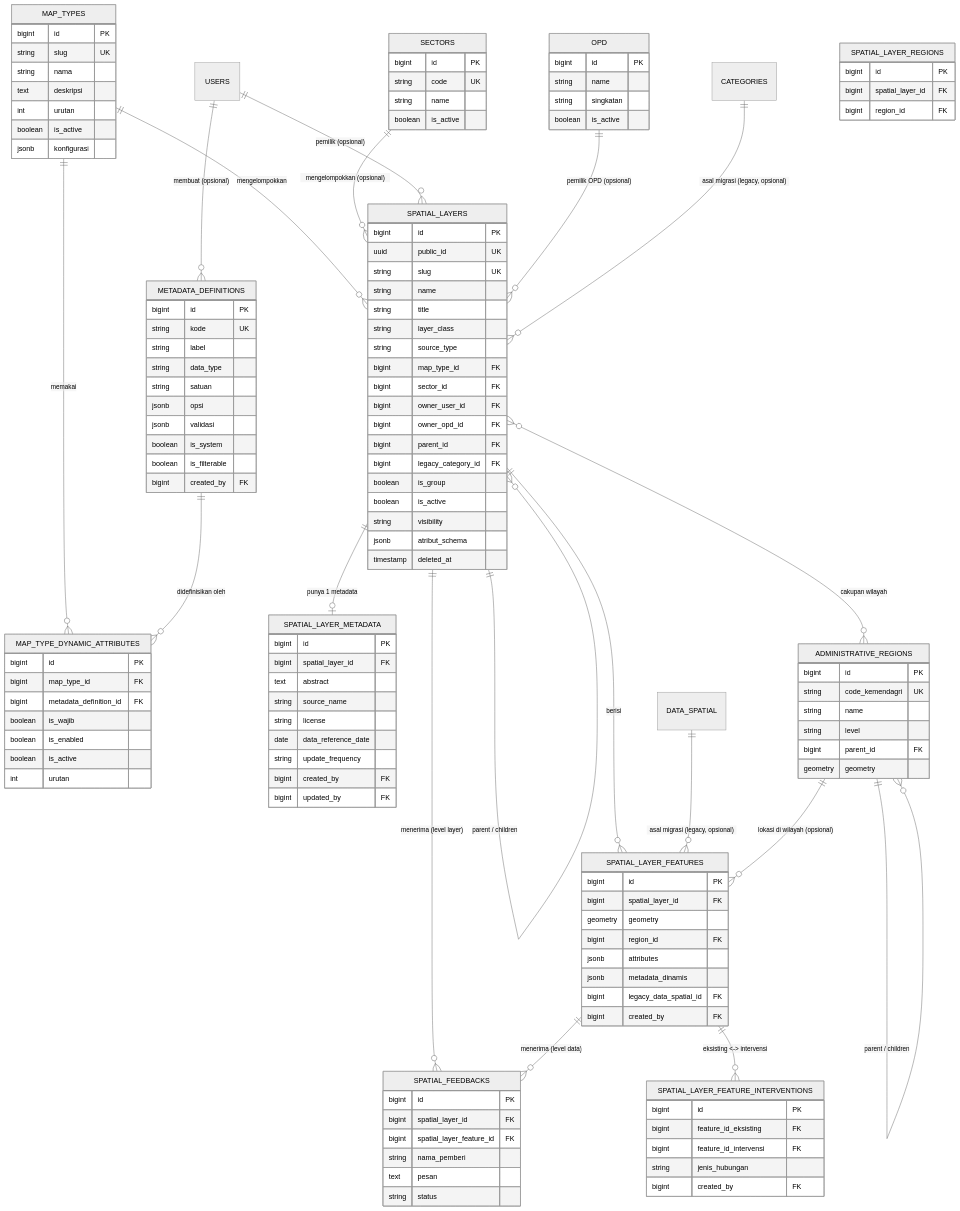
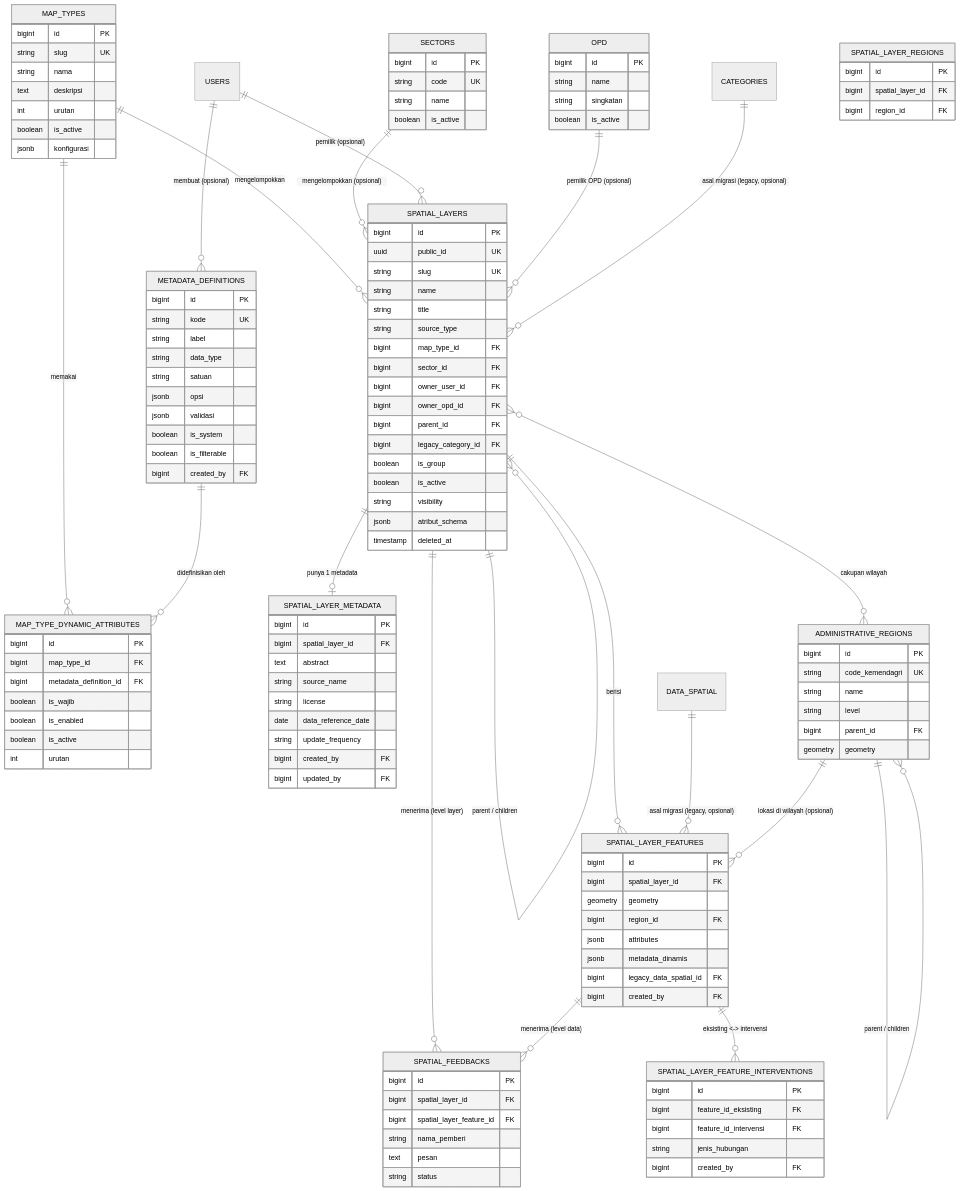
Before and after one commit to Alriskhandy/marimoi: the diagram in docs/marimoi v2/04_implementation/13-erd-jenis-peta-layer-data-spasial.md, drawn with Mermaid (neutral theme). The commit also changed other lines of this file and 21 other files, not shown here.

```diff
--- a/docs/marimoi v2/04_implementation/13-erd-jenis-peta-layer-data-spasial.md
+++ b/docs/marimoi v2/04_implementation/13-erd-jenis-peta-layer-data-spasial.md
@@ -98,7 +98,6 @@
         string slug UK
         string name
         string title
-        string layer_class
         string source_type
         bigint map_type_id FK
         bigint sector_id FK
```
